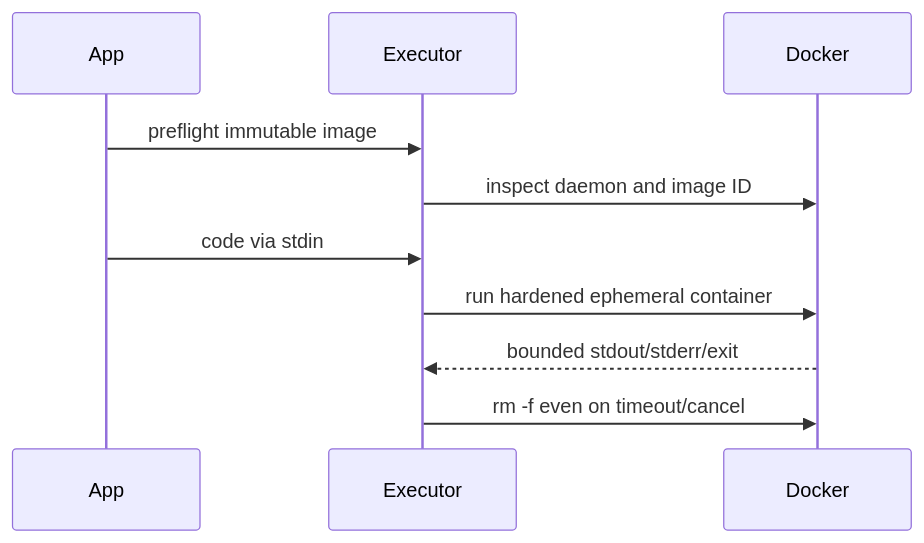
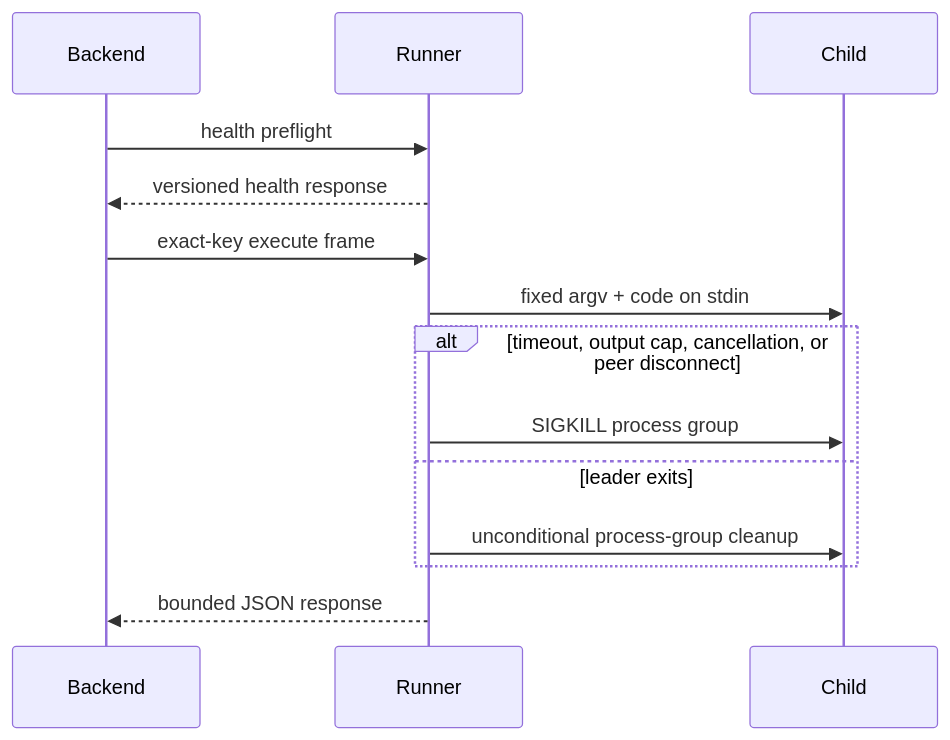
One commit to levalencia/archon changed the second of 2 diagrams in docs/course/concepts/execution-isolation-sandbox.md. Above: the diagram before and after it, drawn with Mermaid. The commit also changed other lines of this file and 15 other files, not shown here.

````diff
--- a/docs/course/concepts/execution-isolation-sandbox.md
+++ b/docs/course/concepts/execution-isolation-sandbox.md
@@ -31,9 +30,13 @@
 ```mermaid
 sequenceDiagram
-    App->>Executor: preflight immutable image
-    Executor->>Docker: inspect daemon and image ID
-    App->>Executor: code via stdin
-    Executor->>Docker: run hardened ephemeral container
-    Docker-->>Executor: bounded stdout/stderr/exit
-    Executor->>Docker: rm -f even on timeout/cancel
+    Backend->>Runner: health preflight
+    Runner-->>Backend: versioned health response
+    Backend->>Runner: exact-key execute frame
+    Runner->>Child: fixed argv + code on stdin
+    alt timeout, output cap, cancellation, or peer disconnect
+        Runner->>Child: SIGKILL process group
+    else leader exits
+        Runner->>Child: unconditional process-group cleanup
+    end
+    Runner-->>Backend: bounded JSON response
 ```
````
